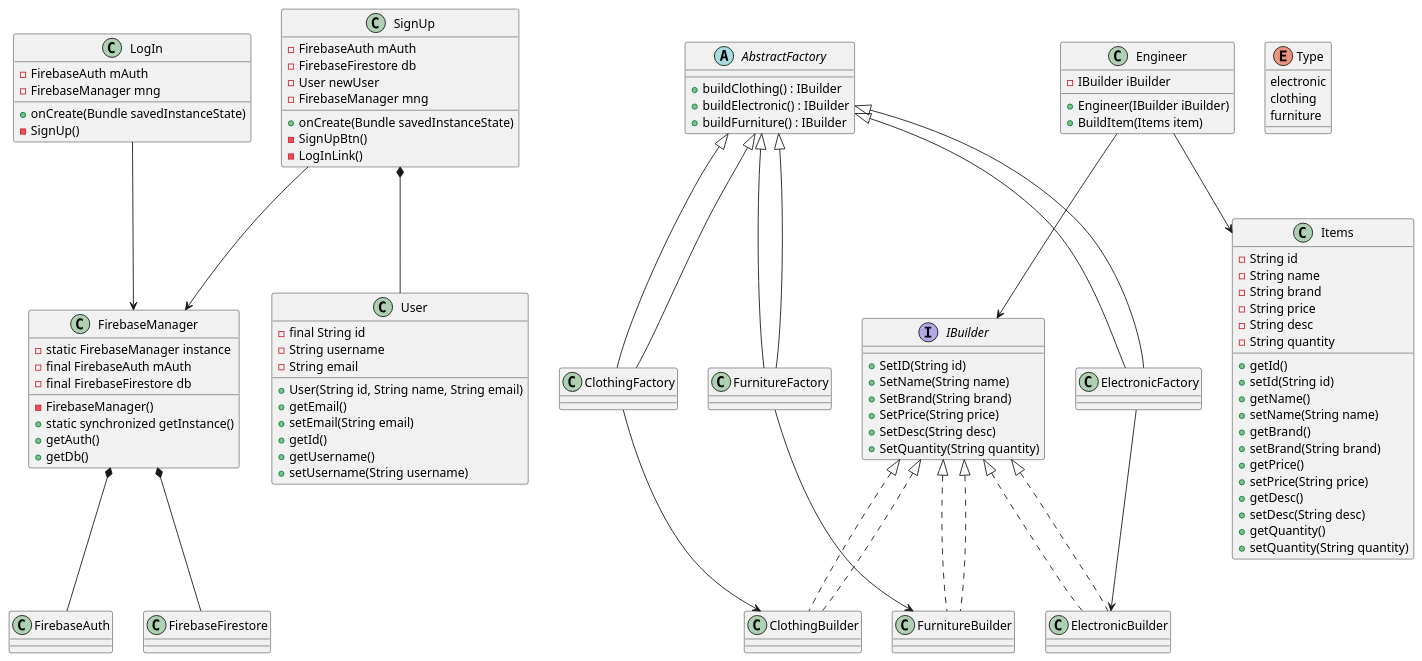
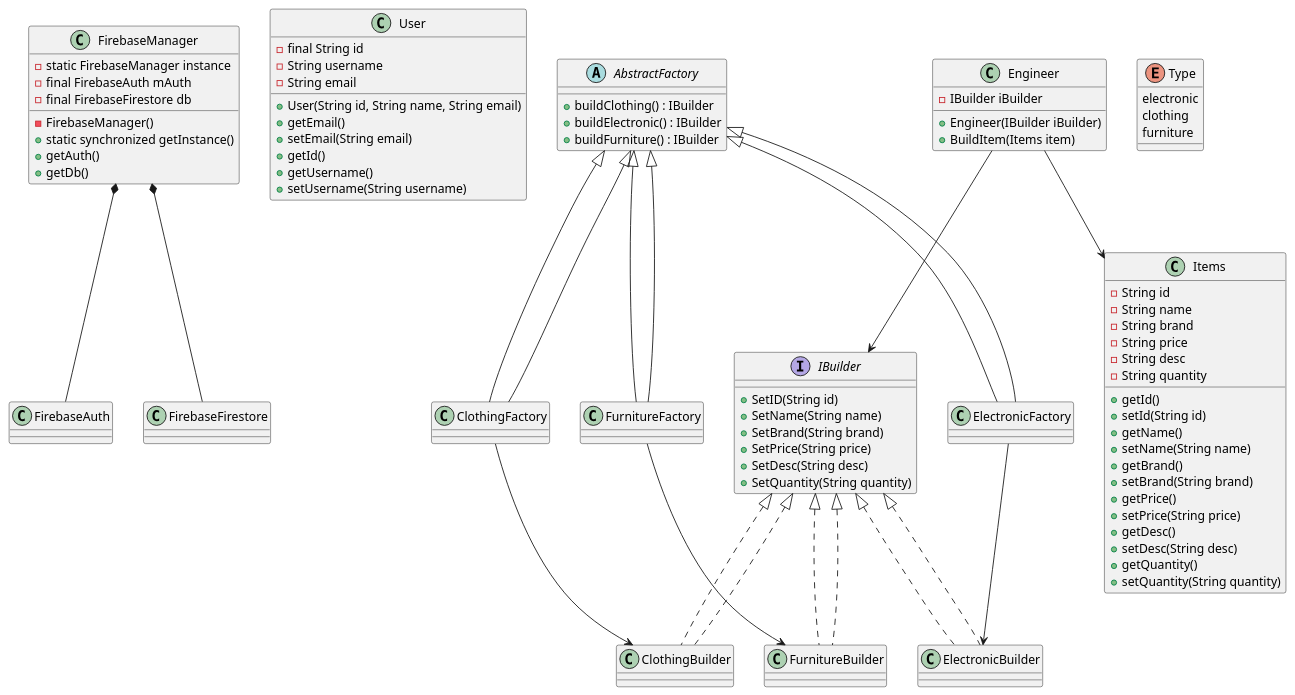
Before and after one commit to Aoigan2k4/Inventory-Management-: the diagram in app/src/main/java/com/example/inventorymanagementproject/Class Diagram.puml, drawn with PlantUML. The commit also changed 20 other files, not shown here.

```diff
--- a/app/src/main/java/com/example/inventorymanagementproject/Class Diagram.puml
+++ b/app/src/main/java/com/example/inventorymanagementproject/Class Diagram.puml
@@ -1,117 +1,97 @@
 @startuml
-'https://plantuml.com/class-diagram
-
-class SignUp {
-    - FirebaseAuth mAuth
-    - FirebaseFirestore db
-    - User newUser
-    - FirebaseManager mng
-    + onCreate(Bundle savedInstanceState)
-    - SignUpBtn()
-    - LogInLink()
-}
-
-class LogIn {
-    - FirebaseAuth mAuth
-    - FirebaseManager mng
-    + onCreate(Bundle savedInstanceState)
-    - SignUp()
-}
+'https://plantuml.com/class-diagram}
 
 class FirebaseManager {
     - static FirebaseManager instance
     - final FirebaseAuth mAuth
     - final FirebaseFirestore db
     - FirebaseManager()
     + static synchronized getInstance()
     + getAuth()
     + getDb()
 }
 
 class User {
     - final String id
     - String username
     - String email
     + User(String id, String name, String email)
     + getEmail()
     + setEmail(String email)
     + getId()
     + getUsername()
     + setUsername(String username)
 }
 
 abstract class AbstractFactory {
     + buildClothing() : IBuilder
     + buildElectronic() : IBuilder
     + buildFurniture() : IBuilder
 }
 
 class ClothingFactory extends AbstractFactory
 class ElectronicFactory extends AbstractFactory
 class FurnitureFactory extends AbstractFactory
 
 enum Type {
     electronic
     clothing
     furniture
 }
 
 interface IBuilder {
     + SetID(String id)
     + SetName(String name)
     + SetBrand(String brand)
     + SetPrice(String price)
     + SetDesc(String desc)
     + SetQuantity(String quantity)
 }
 
 class ClothingBuilder implements IBuilder
 class ElectronicBuilder implements IBuilder
 class FurnitureBuilder implements IBuilder
 
 class Engineer {
     - IBuilder iBuilder
     + Engineer(IBuilder iBuilder)
     + BuildItem(Items item)
 }
 
 class Items {
     - String id
     - String name
     - String brand
     - String price
     - String desc
     - String quantity
     + getId()
     + setId(String id)
     + getName()
     + setName(String name)
     + getBrand()
     + setBrand(String brand)
     + getPrice()
     + setPrice(String price)
     + getDesc()
     + setDesc(String desc)
     + getQuantity()
     + setQuantity(String quantity)
 }
 
-SignUp --> FirebaseManager
-SignUp *-- User
-LogIn --> FirebaseManager
 FirebaseManager *-- FirebaseAuth
 FirebaseManager *-- FirebaseFirestore
 AbstractFactory <|-- ClothingFactory
 AbstractFactory <|-- ElectronicFactory
 AbstractFactory <|-- FurnitureFactory
 ClothingFactory --> ClothingBuilder
 ElectronicFactory --> ElectronicBuilder
 FurnitureFactory --> FurnitureBuilder
 IBuilder <|.. ClothingBuilder
 IBuilder <|.. ElectronicBuilder
 IBuilder <|.. FurnitureBuilder
 Engineer --> IBuilder
 Engineer --> Items
 
 
 @enduml
```
